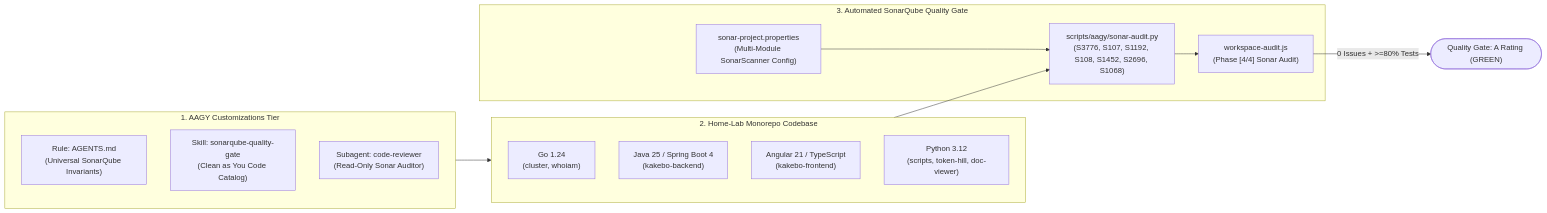
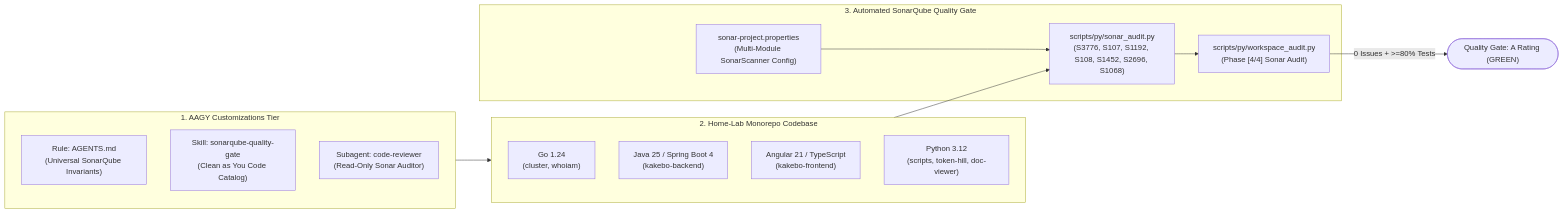
The diagram in doc/03-domain-and-flows/dgrms/DGRM_aagy_sonarqube_quality_gate_pipeline.mmd (ACB75/aagy), drawn with Mermaid before and after one commit. The commit also changed 5 other files, not shown here.

```diff
--- a/doc/03-domain-and-flows/dgrms/DGRM_aagy_sonarqube_quality_gate_pipeline.mmd
+++ b/doc/03-domain-and-flows/dgrms/DGRM_aagy_sonarqube_quality_gate_pipeline.mmd
@@ -1,25 +1,25 @@
 flowchart LR
     subgraph Customizations["1. AAGY Customizations Tier"]
         R["Rule: AGENTS.md<br/>(Universal SonarQube Invariants)"]
         S["Skill: sonarqube-quality-gate<br/>(Clean as You Code Catalog)"]
         A["Subagent: code-reviewer<br/>(Read-Only Sonar Auditor)"]
     end
 
     subgraph Codebase["2. Home-Lab Monorepo Codebase"]
         GO["Go 1.24<br/>(cluster, whoiam)"]
         JAVA["Java 25 / Spring Boot 4<br/>(kakebo-backend)"]
         TS["Angular 21 / TypeScript<br/>(kakebo-frontend)"]
         PY["Python 3.12<br/>(scripts, token-hill, doc-viewer)"]
     end
 
     subgraph Gate["3. Automated SonarQube Quality Gate"]
-        SA["scripts/aagy/sonar-audit.py<br/>(S3776, S107, S1192, S108, S1452, S2696, S1068)"]
-        WA["workspace-audit.js<br/>(Phase [4/4] Sonar Audit)"]
+        SA["scripts/py/sonar_audit.py<br/>(S3776, S107, S1192, S108, S1452, S2696, S1068)"]
+        WA["scripts/py/workspace_audit.py<br/>(Phase [4/4] Sonar Audit)"]
         SP["sonar-project.properties<br/>(Multi-Module SonarScanner Config)"]
     end
 
     Customizations --> Codebase
     Codebase --> SA
     SA --> WA
     SP --> SA
     WA -->|"0 Issues + >=80% Tests"| PASS(["Quality Gate: A Rating (GREEN)"])
```
